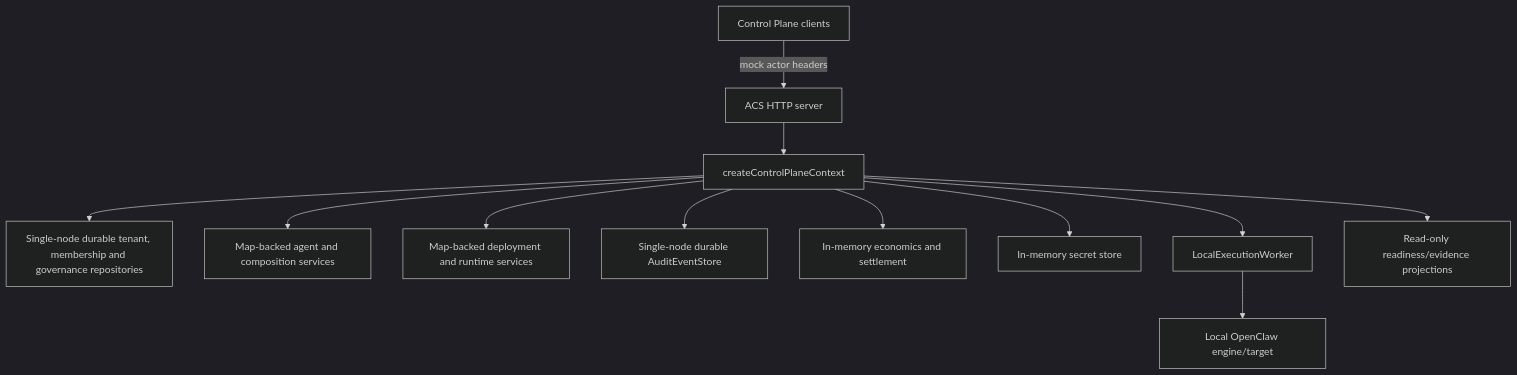
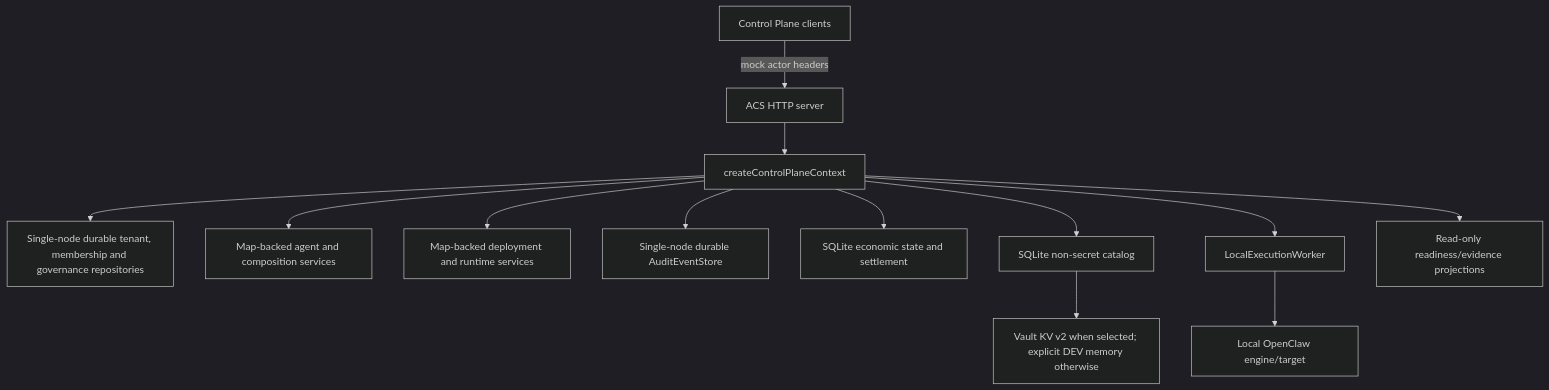
Before and after one commit to Axodus/ACS: the first of 4 diagrams in docs/epics/epic-15-5/architecture-gap-review.md, drawn with Mermaid (dark theme). The commit also changed other lines of this file and 25 other files, not shown here.

````diff
--- a/docs/epics/epic-15-5/architecture-gap-review.md
+++ b/docs/epics/epic-15-5/architecture-gap-review.md
@@ -55,14 +55,15 @@
 ```mermaid
 flowchart TD
   Browser[Control Plane clients] -->|mock actor headers| HTTP[ACS HTTP server]
   HTTP --> Context[createControlPlaneContext]
   Context --> Tenant[Single-node durable tenant, membership and governance repositories]
   Context --> Agent[Map-backed agent and composition services]
   Context --> Deploy[Map-backed deployment and runtime services]
   Context --> Audit[Single-node durable AuditEventStore]
-  Context --> Econ[In-memory economics and settlement]
-  Context --> Secret[In-memory secret store]
+  Context --> Econ[SQLite economic state and settlement]
+  Context --> SecretCatalog[SQLite non-secret catalog]
+  SecretCatalog --> Secret[Vault KV v2 when selected; explicit DEV memory otherwise]
   Context --> Worker[LocalExecutionWorker]
   Worker --> Engine[Local OpenClaw engine/target]
   Context --> Evidence[Read-only readiness/evidence projections]
 ```
````
